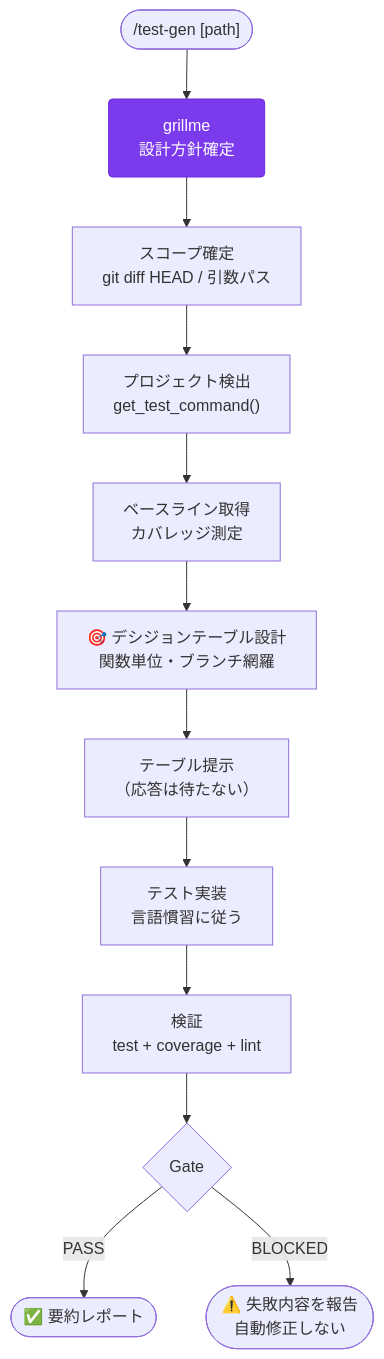
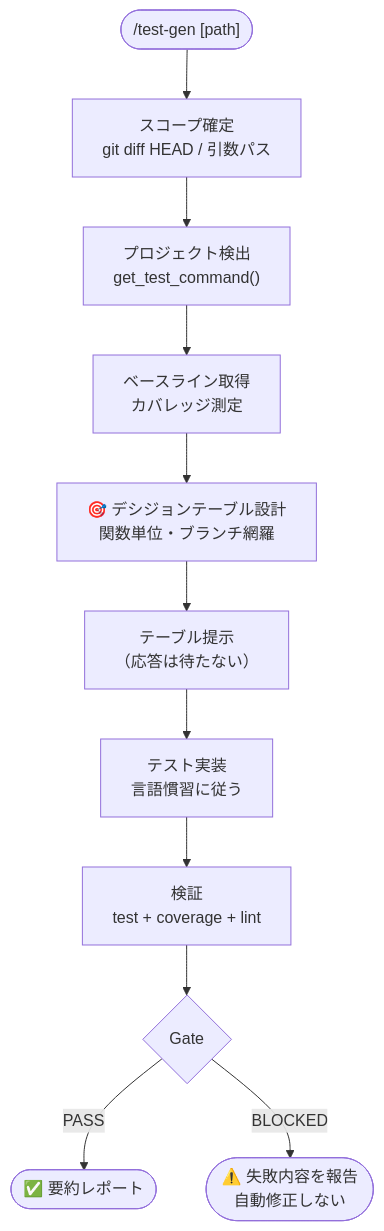
One commit to aokumablue/claq changed diagram 11 of 12 in README.md. Above: the diagram before and after it, drawn with Mermaid. The commit also changed other lines of this file and 10 other files, not shown here.

````diff
--- a/README.md
+++ b/README.md
@@ -487,17 +487,16 @@
 ```mermaid
 flowchart TD
   classDef cmd    fill:#2563eb,stroke:#1e40af,color:#fff,rx:6
   classDef skill  fill:#7c3aed,stroke:#6d28d9,color:#fff,rx:4
 
-  A(["/test-gen [path]"]) --> B["grillme<br/>設計方針確定"]:::skill
-  B --> C["スコープ確定<br/>git diff HEAD / 引数パス"]
+  A(["/test-gen [path]"]) --> C["スコープ確定<br/>git diff HEAD / 引数パス"]
   C --> D["プロジェクト検出<br/>get_test_command()"]
   D --> E["ベースライン取得<br/>カバレッジ測定"]
   E --> F["🎯 デシジョンテーブル設計<br/>関数単位・ブランチ網羅"]
   F --> G["テーブル提示<br/>（応答は待たない）"]
   G --> H["テスト実装<br/>言語慣習に従う"]
   H --> I["検証<br/>test + coverage + lint"]
   I --> J{"Gate"}
   J -- PASS --> K(["✅ 要約レポート"])
   J -- BLOCKED --> L(["⚠️ 失敗内容を報告<br/>自動修正しない"])
 ```
````
